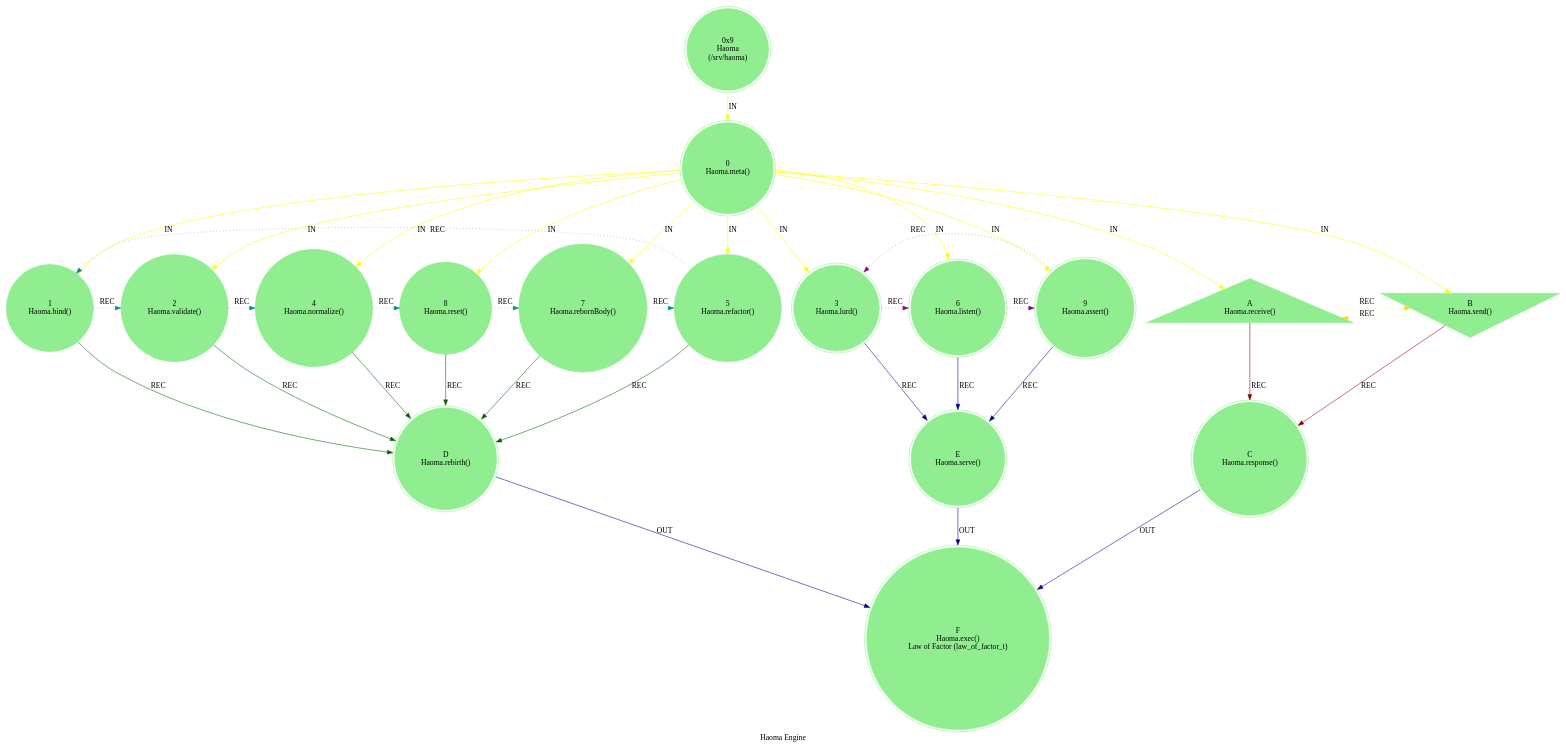
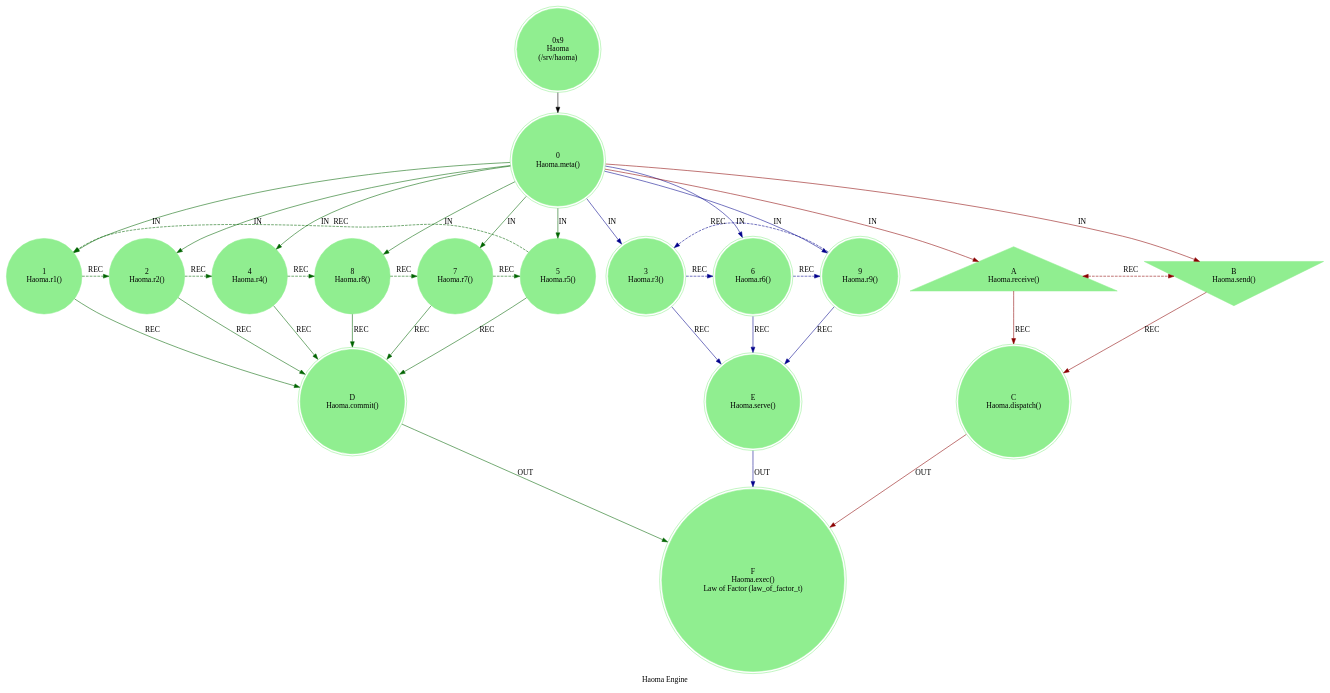
The diagram in src/core/mythos_sys_haoma.dot (cilang/mythos), drawn with Graphviz before and after one commit. The commit also changed 28 other files, not shown here.

```diff
--- a/src/core/mythos_sys_haoma.dot
+++ b/src/core/mythos_sys_haoma.dot
@@ -1,45 +1,51 @@
-digraph G {
+digraph HaomaEngine {
     label = "Haoma Engine";
     style = filled;
     color = red;
     comment = "";
     node [shape = polygon; sides = 6; style = filled; color = lightgreen;];
     
     spark_9_mythos_t [label = "0x9\nHaoma\n(/srv/haoma)";shape = doublecircle;];
     
     // The Sacred 3-6-9 (Boundary of Perception).
     // "If you knew the magnificence of 3, 6, and 9, you would have a key to the universe." — Tesla.
     // The 1-2-4-8-7-5 Vortex (Boundary of Comprehension).
     // r0::meta();r1,r2,r4,r8,r7,r5;r3,r6,r;ra::receive(),rb::send(),rc::dispatch(),rd::commit(),re::serve(),rf::exec()
     spark_0_haoma_t [label = "0\nHaoma.meta()";shape = doublecircle;comment = "Engine Init";];
-    spark_1_haoma_t [label = "1\nHaoma.bind()";shape = circle;comment = "";];
-    spark_2_haoma_t [label = "2\nHaoma.validate()";shape = circle;comment = "";];
-    spark_4_haoma_t [label = "4\nHaoma.normalize()";shape = circle;comment = "";];
-    spark_8_haoma_t [label = "8\nHaoma.reset()";shape = circle;comment = "";];
-    spark_7_haoma_t [label = "7\nHaoma.rebornBody()";shape = circle;comment = "";];
-    spark_5_haoma_t [label = "5\nHaoma.refactor()";shape = circle;comment = "";];
-    spark_3_haoma_t [label = "3\nHaoma.lurd()";shape = doublecircle;comment = "`/sys/lurd`";];
-    spark_6_haoma_t [label = "6\nHaoma.listen()";shape = doublecircle;comment = "";];
-    spark_9_haoma_t [label = "9\nHaoma.assert()";shape = doublecircle;comment = "";];
+    spark_1_haoma_t [label = "1\nHaoma.r1()";shape = circle;comment = "";];
+    spark_2_haoma_t [label = "2\nHaoma.r2()";shape = circle;comment = "";];
+    spark_4_haoma_t [label = "4\nHaoma.r4()";shape = circle;comment = "";];
+    spark_8_haoma_t [label = "8\nHaoma.r8()";shape = circle;comment = "";];
+    spark_7_haoma_t [label = "7\nHaoma.r7()";shape = circle;comment = "";];
+    spark_5_haoma_t [label = "5\nHaoma.r5()";shape = circle;comment = "";];
+    spark_3_haoma_t [label = "3\nHaoma.r3()";shape = doublecircle;comment = "`/sys/lurd`";];
+    spark_6_haoma_t [label = "6\nHaoma.r6()";shape = doublecircle;comment = "";];
+    spark_9_haoma_t [label = "9\nHaoma.r9()";shape = doublecircle;comment = "";];
     spark_a_haoma_t [label = "A\nHaoma.receive()";shape = triangle;comment = "";];
     spark_b_haoma_t [label = "B\nHaoma.send()";shape = invtriangle;comment = "";];
-    spark_c_haoma_t [label = "C\nHaoma.response()";shape = doublecircle;comment = "";];
-    spark_d_haoma_t [label = "D\nHaoma.rebirth()";shape = doublecircle;comment = "";];
+    spark_c_haoma_t [label = "C\nHaoma.dispatch()";shape = doublecircle;comment = "";];
+    spark_d_haoma_t [label = "D\nHaoma.commit()";shape = doublecircle;comment = "";];
     spark_e_haoma_t [label = "E\nHaoma.serve()";shape = doublecircle;comment = "`/sys/haoma`";];
     spark_f_haoma_t [label = "F\nHaoma.exec()\nLaw of Factor (law_of_factor_t)";shape = doublecircle;comment = "";];
     
     // IN = Input
     // OUT = Output
     // REC = Recursion
-    spark_9_mythos_t -> spark_0_haoma_t -> {spark_a_haoma_t spark_b_haoma_t spark_1_haoma_t spark_2_haoma_t spark_3_haoma_t spark_4_haoma_t spark_5_haoma_t spark_6_haoma_t spark_7_haoma_t spark_8_haoma_t spark_9_haoma_t} [label = "IN"; color = yellow; comment = "";];
+    spark_9_mythos_t -> spark_0_haoma_t;
+    spark_0_haoma_t -> spark_a_haoma_t [label = "IN"; color = darkred; comment = "";];
+    spark_0_haoma_t -> spark_b_haoma_t [label = "IN"; color = darkred; comment = "";];
+    spark_0_haoma_t -> {spark_3_haoma_t spark_6_haoma_t spark_9_haoma_t} [label = "IN"; color = darkblue; comment = "";];
+    spark_0_haoma_t -> {spark_1_haoma_t spark_2_haoma_t spark_4_haoma_t spark_5_haoma_t spark_7_haoma_t spark_8_haoma_t} [label = "IN"; color = darkgreen; comment = "";];
     
     {spark_a_haoma_t spark_b_haoma_t} -> spark_c_haoma_t [label = "REC"; color = darkred; comment = "";];
+    {spark_3_haoma_t spark_6_haoma_t spark_9_haoma_t} -> spark_e_haoma_t [label = "REC"; color = darkblue; comment = "";];
     {spark_1_haoma_t spark_2_haoma_t spark_4_haoma_t spark_8_haoma_t spark_7_haoma_t spark_5_haoma_t} -> spark_d_haoma_t [label = "REC"; color = darkgreen; comment = "";];
-    {spark_3_haoma_t spark_6_haoma_t spark_9_haoma_t} -> spark_e_haoma_t [label = "REC"; color = darkblue; comment = "";];
     
-    spark_1_haoma_t -> spark_2_haoma_t -> spark_4_haoma_t -> spark_8_haoma_t -> spark_7_haoma_t -> spark_5_haoma_t -> spark_1_haoma_t [label = "REC"; color = darkcyan; comment = ""; style = dotted; constraint = false;];
-    spark_3_haoma_t -> spark_6_haoma_t -> spark_9_haoma_t -> spark_3_haoma_t [label = "REC"; color = darkmagenta; comment = ""; style = dotted; constraint = false;];
-    spark_a_haoma_t -> spark_b_haoma_t -> spark_a_haoma_t [label = "REC"; color = gold; comment = ""; style = dotted; constraint = false;];
+    spark_a_haoma_t -> spark_b_haoma_t [label = "REC"; color = darkred; comment = ""; style = dashed; constraint = false; dir = both;];
+    spark_3_haoma_t -> spark_6_haoma_t -> spark_9_haoma_t -> spark_3_haoma_t [label = "REC"; color = darkblue; comment = ""; style = dashed; constraint = false;];
+    spark_1_haoma_t -> spark_2_haoma_t -> spark_4_haoma_t -> spark_8_haoma_t -> spark_7_haoma_t -> spark_5_haoma_t -> spark_1_haoma_t [label = "REC"; color = darkgreen; comment = ""; style = dashed; constraint = false;];
     
-    {spark_c_haoma_t spark_d_haoma_t spark_e_haoma_t} -> spark_f_haoma_t [label = "OUT"; color = darkblue; comment = "";];
+    spark_c_haoma_t -> spark_f_haoma_t [label = "OUT"; color = darkred; comment = "";];
+    spark_d_haoma_t -> spark_f_haoma_t [label = "OUT"; color = darkgreen; comment = "";];
+    spark_e_haoma_t -> spark_f_haoma_t [label = "OUT"; color = darkblue; comment = "";];
 }
```
